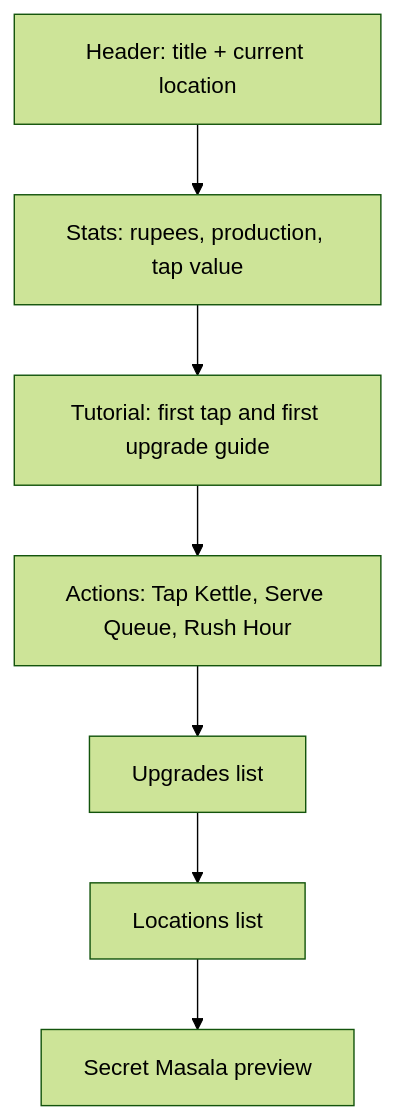
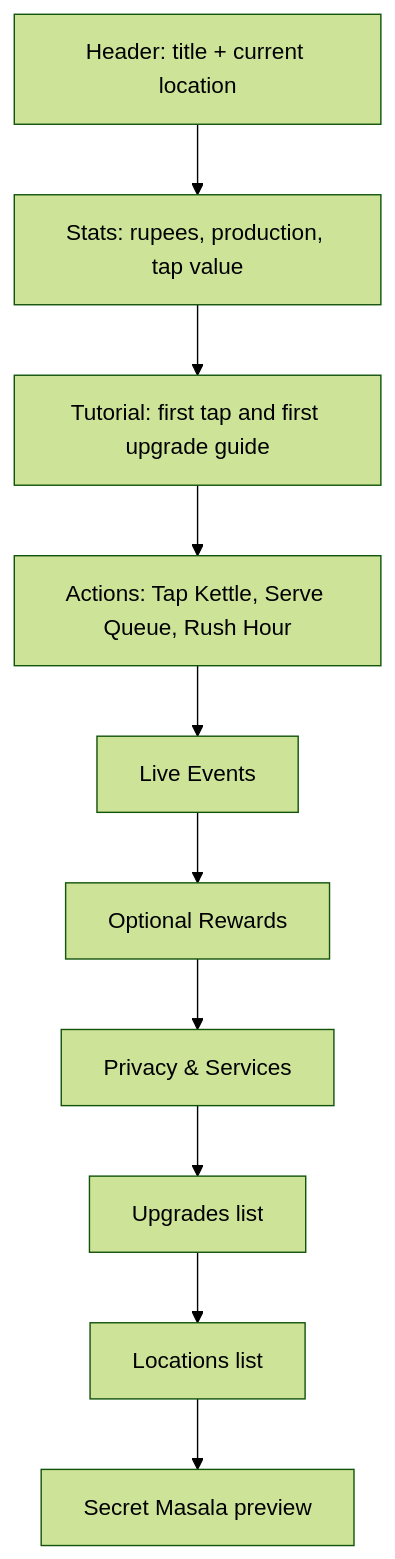
Before and after one commit to Dev0910/ChaiEmpire: the diagram in ChaiEmpire_AllInOne/ChaiEmpireUnity/docs/07-UI-UX-ANDROID.md, drawn with Mermaid (forest theme). The commit also changed other lines of this file and 60 other files, not shown here.

````diff
--- a/ChaiEmpire_AllInOne/ChaiEmpireUnity/docs/07-UI-UX-ANDROID.md
+++ b/ChaiEmpire_AllInOne/ChaiEmpireUnity/docs/07-UI-UX-ANDROID.md
@@ -33,9 +38,12 @@
 ```mermaid
 flowchart TD
     A["Header: title + current location"] --> B["Stats: rupees, production, tap value"]
     B --> C["Tutorial: first tap and first upgrade guide"]
     C --> D["Actions: Tap Kettle, Serve Queue, Rush Hour"]
-    D --> E["Upgrades list"]
-    E --> F["Locations list"]
-    F --> G["Secret Masala preview"]
+    D --> E["Live Events"]
+    E --> F["Optional Rewards"]
+    F --> G["Privacy & Services"]
+    G --> H["Upgrades list"]
+    H --> I["Locations list"]
+    I --> J["Secret Masala preview"]
 ```
````
